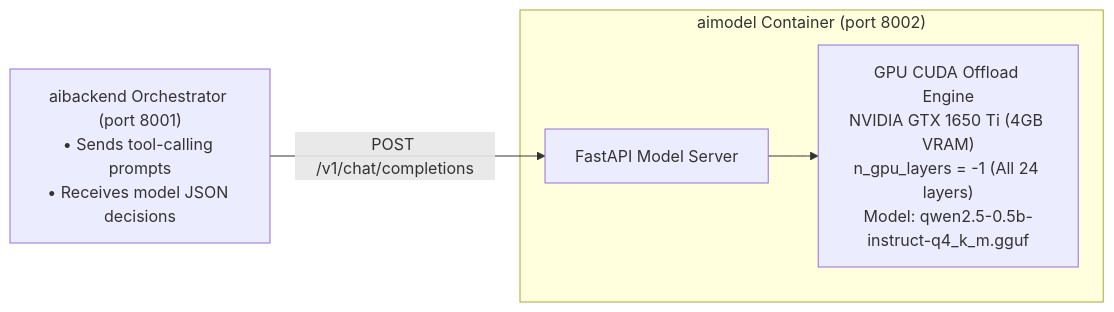
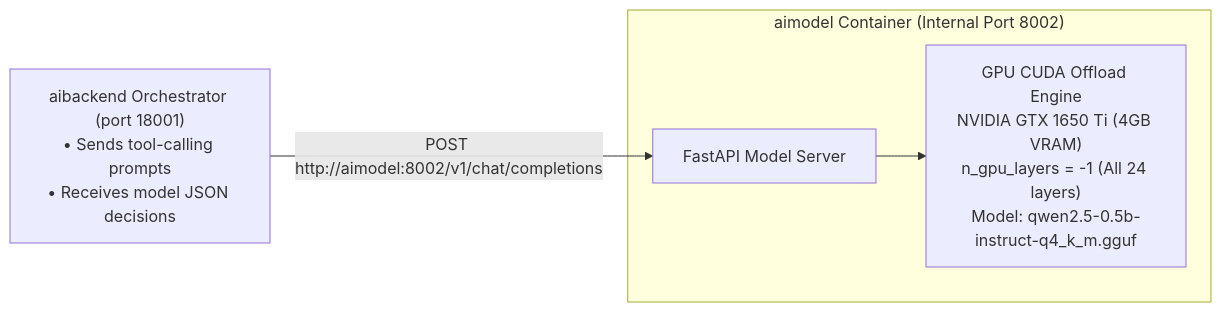
One commit to itsvrushabh/expense-organizer changed the diagram in docs/aimodel.md. Above: the diagram before and after it, drawn with Mermaid. The commit also changed other lines of this file and 20 other files, not shown here.

````diff
--- a/docs/aimodel.md
+++ b/docs/aimodel.md
@@ -9,12 +12,12 @@
 ```mermaid
 flowchart LR
-    AIB["aibackend Orchestrator (port 8001)<br/>• Sends tool-calling prompts<br/>• Receives model JSON decisions"]
+    AIB["aibackend Orchestrator (port 18001)<br/>• Sends tool-calling prompts<br/>• Receives model JSON decisions"]
     
-    subgraph AIM["aimodel Container (port 8002)"]
+    subgraph AIM["aimodel Container (Internal Port 8002)"]
         Server["FastAPI Model Server"]
         GPU["GPU CUDA Offload Engine<br/>NVIDIA GTX 1650 Ti (4GB VRAM)<br/>n_gpu_layers = -1 (All 24 layers)<br/>Model: qwen2.5-0.5b-instruct-q4_k_m.gguf"]
         Server --> GPU
     end
 
-    AIB -->|"POST /v1/chat/completions"| Server
+    AIB -->|"POST http://aimodel:8002/v1/chat/completions"| Server
 ```
````
